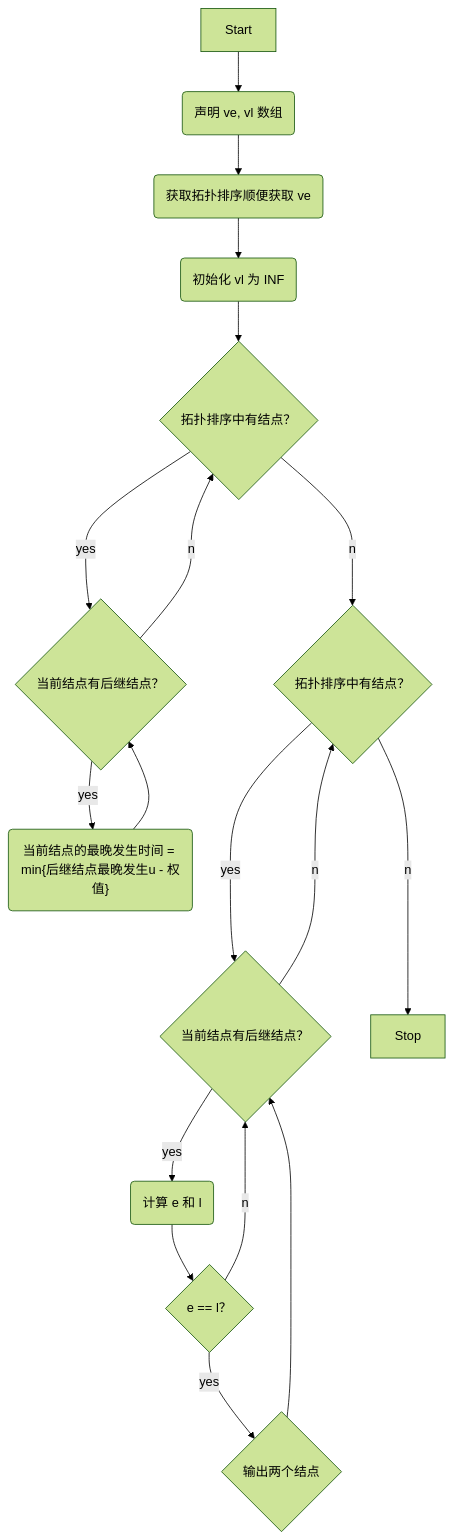
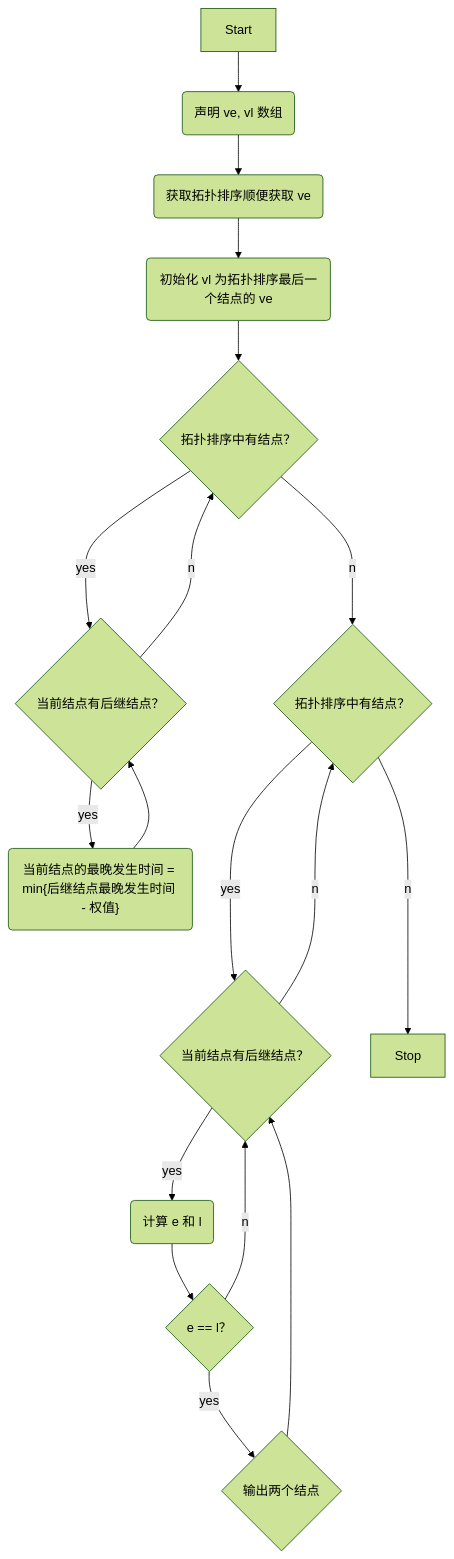
The second of 2 diagrams in chapter6-graph/README.md (yuzheng14/ds-wangdao), drawn with Mermaid (forest theme) before and after one commit.

Commit message:
细化关键路径流程图

````diff
--- a/chapter6-graph/README.md
+++ b/chapter6-graph/README.md
@@ -53,20 +53,20 @@
   ```mermaid
   flowchart TD
   	Start-->a("声明 ve, vl 数组")
   	a-->b("获取拓扑排序顺便获取 ve")
-  	b-->c("初始化 vl 为 INF")
+  	b-->c("初始化 vl 为拓扑排序最后一个结点的 ve")
   	c-->d{"拓扑排序中有结点？"}
   	d--yes-->e{"当前结点有后继结点？"}
-  	e--yes-->f("当前结点的最晚发生时间 = min{后继结点最晚发生u - 权值}")
+  	e--yes-->f("当前结点的最晚发生时间 = min{后继结点最晚发生时间 - 权值}")
   	f-->e
   	e--no-->d
   	d--no-->g{"拓扑排序中有结点？"}
   	g--yes-->h{"当前结点有后继结点？"}
   	h--yes-->i("计算 e 和 l")
   	i-->j{"e == l？"}
   	j--yes-->k{"输出两个结点"}
   	j--no-->h
   	k-->h
   	h--no-->g
   	g--no-->Stop
   ```
````
